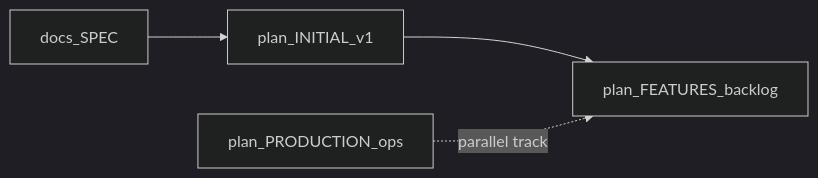
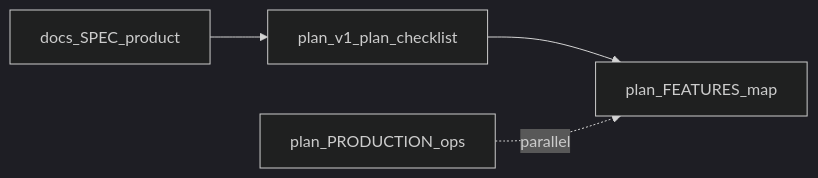
Before and after one commit to DmitryPR/codepiece: the diagram in plan/FEATURES.md, drawn with Mermaid (dark theme). The commit also changed other lines of this file and 8 other files, not shown here.

````diff
--- a/plan/FEATURES.md
+++ b/plan/FEATURES.md
@@ -14,10 +5,10 @@
 ```mermaid
 flowchart LR
-  spec[docs_SPEC]
-  initial[plan_INITIAL_v1]
-  features[plan_FEATURES_backlog]
+  spec[docs_SPEC_product]
+  plan[plan_v1_plan_checklist]
+  features[plan_FEATURES_map]
   prod[plan_PRODUCTION_ops]
-  spec --> initial
-  initial --> features
-  prod -.->|"parallel track"| features
+  spec --> plan
+  plan --> features
+  prod -.->|"parallel"| features
 ```
````
